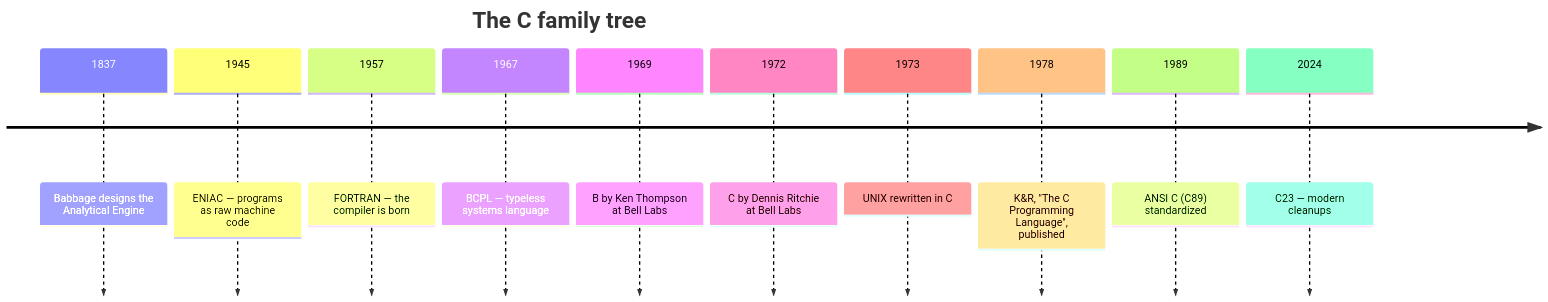
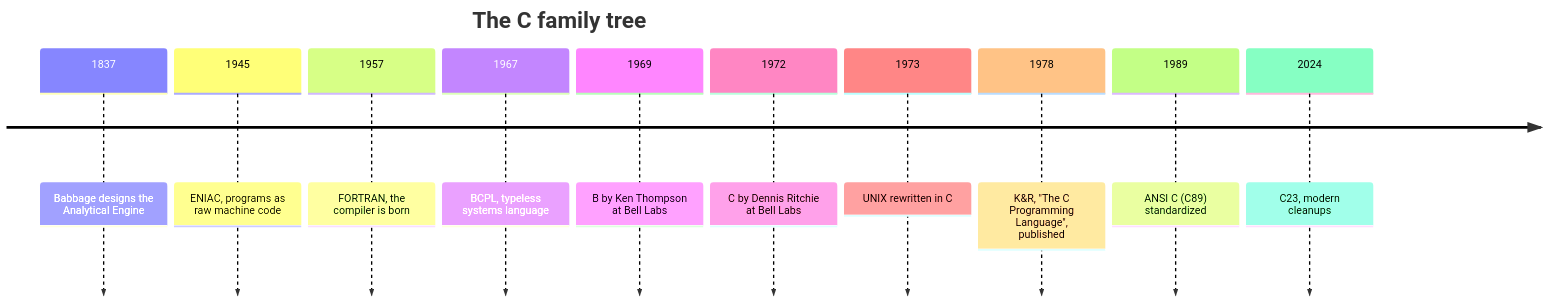
One commit to dataslope/dataslope changed the first of 2 diagrams in content/courses/c-programming-for-beginners/story-of-c.mdx. Above: the diagram before and after it, drawn with Mermaid. The commit also changed other lines of this file and 1206 other files, not shown here.

````diff
--- a/content/courses/c-programming-for-beginners/story-of-c.mdx
+++ b/content/courses/c-programming-for-beginners/story-of-c.mdx
@@ -204,14 +204,14 @@
 ```mermaid
 timeline
     title The C family tree
     1837 : Babbage designs the Analytical Engine
-    1945 : ENIAC — programs as raw machine code
-    1957 : FORTRAN — the compiler is born
-    1967 : BCPL — typeless systems language
+    1945 : ENIAC, programs as raw machine code
+    1957 : FORTRAN, the compiler is born
+    1967 : BCPL, typeless systems language
     1969 : B by Ken Thompson at Bell Labs
     1972 : C by Dennis Ritchie at Bell Labs
     1973 : UNIX rewritten in C
     1978 : K&R, "The C Programming Language", published
     1989 : ANSI C (C89) standardized
-    2024 : C23 — modern cleanups
+    2024 : C23, modern cleanups
 ```
````
